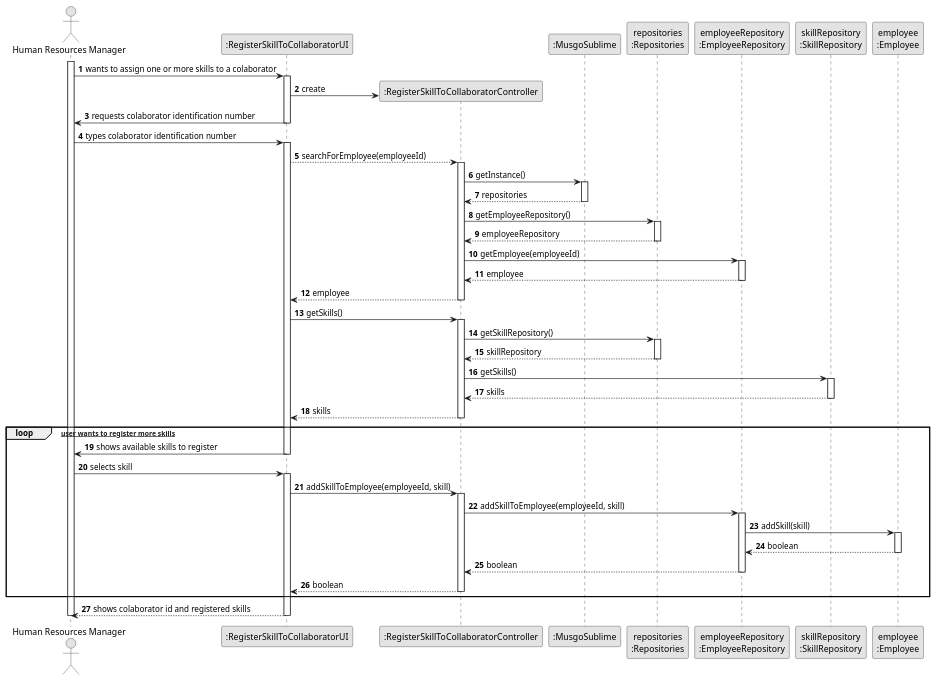
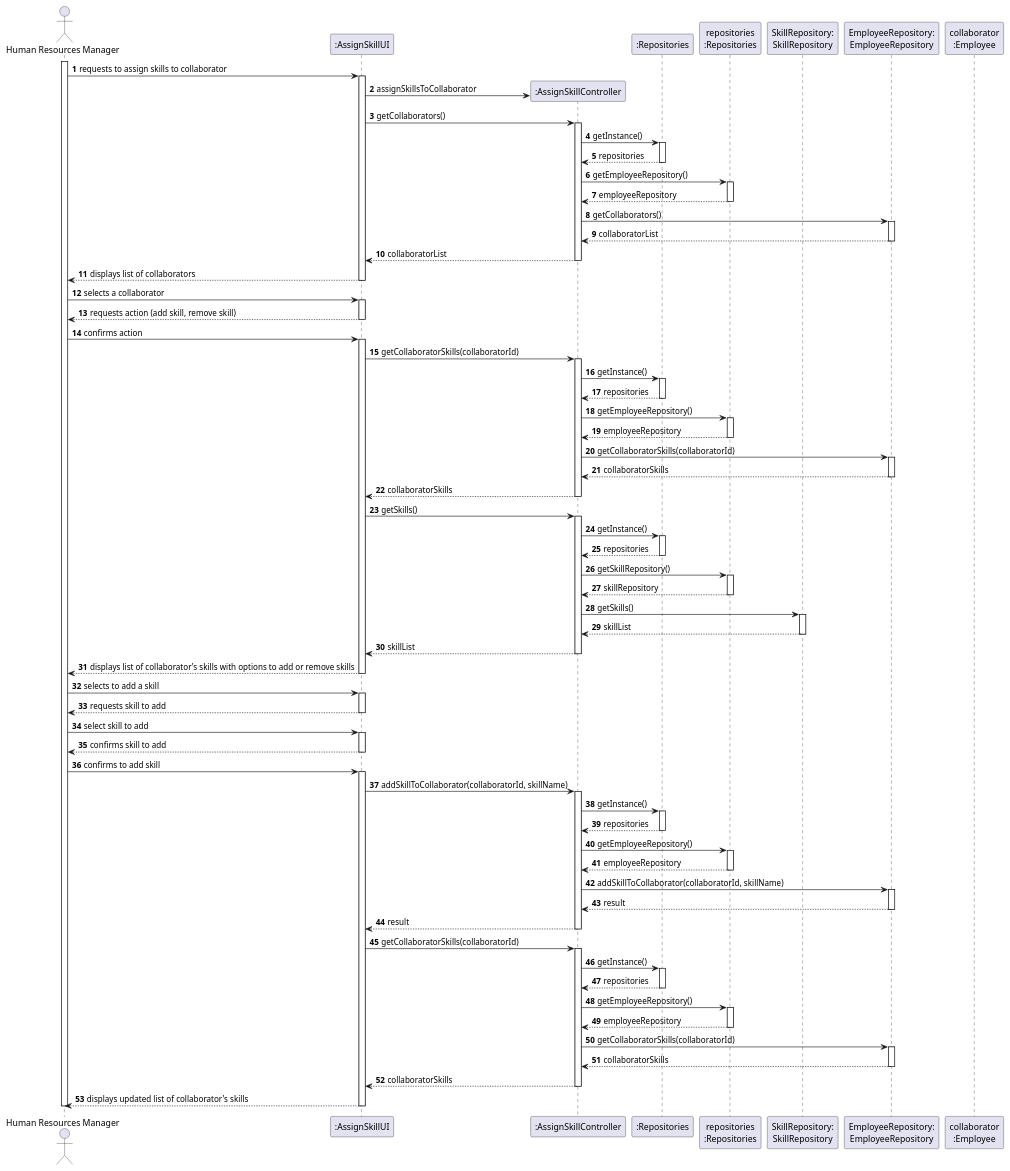
Before and after one commit to Departamento-de-Engenharia-Informatica/greenspace-management: the diagram in docs/sprintB/us004/03.design/puml/us004-sequence-diagram-full.puml, drawn with PlantUML. The commit also changed 7 other files, not shown here.

Commit message:
US04 Sequence Diagrams Done

```diff
--- a/docs/sprintB/us004/03.design/puml/us004-sequence-diagram-full.puml
+++ b/docs/sprintB/us004/03.design/puml/us004-sequence-diagram-full.puml
@@ -1,105 +1,182 @@
-@startuml US004 - As an HRM i want to assign one or more skills to a collaborator
-skinparam monochrome true
+@startuml
+
+'skinparam monochrome true
 skinparam packageStyle rectangle
 skinparam shadowing false
 
 autonumber
 
 'hide footbox
-actor "Human Resources Manager" as HRM
-participant ":RegisterSkillToCollaboratorUI" as UI
-participant ":RegisterSkillToCollaboratorController" as CTRL
-participant ":MusgoSublime" as MusgoDublime
+actor "Human Resources Manager" as ADM
+participant ":AssignSkillUI" as UI
+participant ":AssignSkillController" as CTRL
+participant ":Repositories" as RepositorySingleton
 participant "repositories\n:Repositories" as PLAT
-participant "employeeRepository\n:EmployeeRepository" as EmployeeRepository
-participant "skillRepository\n:SkillRepository" as SkillRepository
-participant "employee\n:Employee" as EMPLOYEE
+participant "SkillRepository:\nSkillRepository" as SkillRepository
+participant "EmployeeRepository:\nEmployeeRepository" as EmployeeRepository
+participant "collaborator\n:Employee" as COLLABORATOR
 
-activate HRM
+activate ADM
 
-        HRM -> UI : wants to assign one or more skills to a colaborator
+    ADM -> UI : requests to assign skills to collaborator
 
-        activate UI
-            UI -> CTRL** : create
+    activate UI
 
-            UI -> HRM : requests colaborator identification number
-            deactivate UI
+        UI -> CTRL** : assignSkillsToCollaborator
 
-            HRM -> UI : types colaborator identification number
-            activate UI
+        UI -> CTRL : getCollaborators()
+        activate CTRL
 
-                UI --> CTRL : searchForEmployee(employeeId)
-                activate CTRL
+            CTRL -> RepositorySingleton : getInstance()
+            activate RepositorySingleton
 
-                    CTRL -> MusgoDublime : getInstance()
-                    activate MusgoDublime
+                RepositorySingleton --> CTRL: repositories
+            deactivate RepositorySingleton
 
-                        MusgoDublime --> CTRL: repositories
-                    deactivate MusgoDublime
+            CTRL -> PLAT : getEmployeeRepository()
+            activate PLAT
 
-                    CTRL -> PLAT : getEmployeeRepository()
-                    activate PLAT
+                PLAT --> CTRL : employeeRepository
+            deactivate PLAT
 
-                        PLAT --> CTRL: employeeRepository
-                    deactivate PLAT
+            CTRL -> EmployeeRepository : getCollaborators()
+            activate EmployeeRepository
 
-                    CTRL -> EmployeeRepository : getEmployee(employeeId)
-                    activate EmployeeRepository
+                EmployeeRepository --> CTRL : collaboratorList
+            deactivate EmployeeRepository
 
-                        EmployeeRepository --> CTRL : employee
-                    deactivate EmployeeRepository
+            CTRL --> UI : collaboratorList
+        deactivate CTRL
 
-                    CTRL --> UI : employee
-                deactivate CTRL
+        UI --> ADM : displays list of collaborators
+    deactivate UI
 
-                UI -> CTRL : getSkills()
-                activate CTRL
+    ADM -> UI : selects a collaborator
+    activate UI
 
-                   CTRL -> PLAT : getSkillRepository()
-                    activate PLAT
+        UI --> ADM : requests action (add skill, remove skill)
+    deactivate UI
 
-                        PLAT --> CTRL : skillRepository
-                    deactivate PLAT
+    ADM -> UI : confirms action
+    activate UI
 
-                    CTRL -> SkillRepository : getSkills()
-                    activate SkillRepository
+        UI -> CTRL : getCollaboratorSkills(collaboratorId)
+        activate CTRL
 
-                        SkillRepository --> CTRL : skills
-                    deactivate SkillRepository
+            CTRL -> RepositorySingleton : getInstance()
+            activate RepositorySingleton
 
-                    CTRL --> UI : skills
-                deactivate CTRL
+                RepositorySingleton --> CTRL: repositories
+            deactivate RepositorySingleton
 
-            loop [ while user wants to register more skills ]
+            CTRL -> PLAT : getEmployeeRepository()
+            activate PLAT
 
-                UI -> HRM : shows available skills to register
-                deactivate UI
+                PLAT --> CTRL : employeeRepository
+            deactivate PLAT
 
-                HRM -> UI : selects skill
-                activate UI
+            CTRL -> EmployeeRepository : getCollaboratorSkills(collaboratorId)
+            activate EmployeeRepository
 
-                    UI -> CTRL : addSkillToEmployee(employeeId, skill)
-                    activate CTRL
+                EmployeeRepository --> CTRL : collaboratorSkills
+            deactivate EmployeeRepository
 
-                        CTRL -> EmployeeRepository : addSkillToEmployee(employeeId, skill)
-                        activate EmployeeRepository
+            CTRL --> UI : collaboratorSkills
+        deactivate CTRL
 
-                            EmployeeRepository -> EMPLOYEE : addSkill(skill)
-                            activate EMPLOYEE
+        UI -> CTRL : getSkills()
+        activate CTRL
 
-                                EMPLOYEE --> EmployeeRepository : boolean
-                            deactivate EMPLOYEE
+            CTRL -> RepositorySingleton : getInstance()
+            activate RepositorySingleton
 
-                            EmployeeRepository --> CTRL : boolean
-                        deactivate EmployeeRepository
+                RepositorySingleton --> CTRL: repositories
+            deactivate RepositorySingleton
 
-                        CTRL --> UI : boolean
-                    deactivate CTRL
-                end
-        UI --> HRM : shows colaborator id and registered skills
-        deactivate UI
+            CTRL -> PLAT : getSkillRepository()
+            activate PLAT
 
-        deactivate HRM
+                PLAT --> CTRL : skillRepository
+            deactivate PLAT
 
+            CTRL -> SkillRepository : getSkills()
+            activate SkillRepository
+
+                SkillRepository --> CTRL : skillList
+            deactivate SkillRepository
+
+            CTRL --> UI : skillList
+        deactivate CTRL
+
+        UI --> ADM : displays list of collaborator's skills with options to add or remove skills
+    deactivate UI
+
+    ADM -> UI : selects to add a skill
+    activate UI
+
+        UI --> ADM : requests skill to add
+    deactivate UI
+
+    ADM -> UI : select skill to add
+    activate UI
+
+        UI --> ADM : confirms skill to add
+    deactivate UI
+
+    ADM -> UI : confirms to add skill
+    activate UI
+
+        UI -> CTRL : addSkillToCollaborator(collaboratorId, skillName)
+        activate CTRL
+
+            CTRL -> RepositorySingleton : getInstance()
+            activate RepositorySingleton
+
+                RepositorySingleton --> CTRL: repositories
+            deactivate RepositorySingleton
+
+            CTRL -> PLAT : getEmployeeRepository()
+            activate PLAT
+
+                PLAT --> CTRL : employeeRepository
+            deactivate PLAT
+
+            CTRL -> EmployeeRepository : addSkillToCollaborator(collaboratorId, skillName)
+            activate EmployeeRepository
+
+                EmployeeRepository --> CTRL : result
+            deactivate EmployeeRepository
+
+            CTRL --> UI : result
+        deactivate CTRL
+
+        UI -> CTRL : getCollaboratorSkills(collaboratorId)
+        activate CTRL
+
+            CTRL -> RepositorySingleton : getInstance()
+            activate RepositorySingleton
+
+                RepositorySingleton --> CTRL: repositories
+            deactivate RepositorySingleton
+
+            CTRL -> PLAT : getEmployeeRepository()
+            activate PLAT
+
+                PLAT --> CTRL : employeeRepository
+            deactivate PLAT
+
+            CTRL -> EmployeeRepository : getCollaboratorSkills(collaboratorId)
+            activate EmployeeRepository
+
+                EmployeeRepository --> CTRL : collaboratorSkills
+            deactivate EmployeeRepository
+
+            CTRL --> UI : collaboratorSkills
+        deactivate CTRL
+
+        UI --> ADM : displays updated list of collaborator's skills
+    deactivate UI
+
+deactivate ADM
 
 @enduml
```
